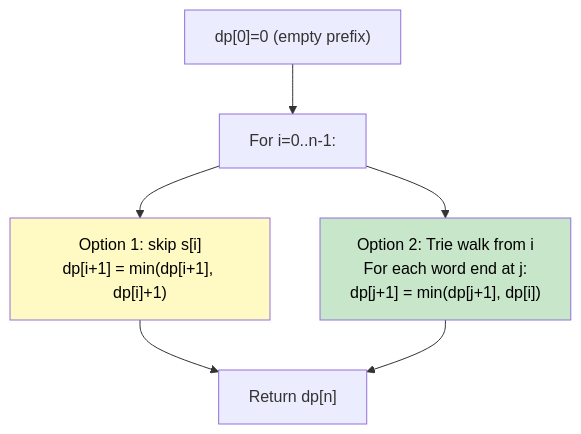
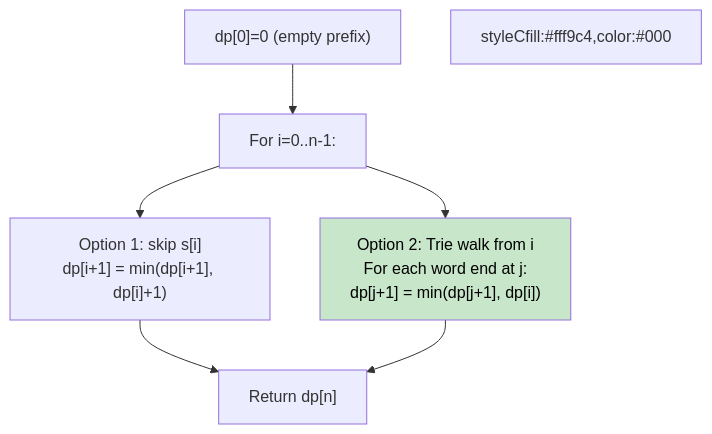
The diagram in 26 - Trie/problem_04_extra_characters_in_string_walkthrough.md (vadde/DSA), drawn with Mermaid before and after one commit. The commit also changed 245 other files, not shown here.

First line of the commit message:
fix: Forensic fix of all Mermaid rendering issues across entire DSA repo + add pre-commit validation infrastructure

````diff
--- a/26 - Trie/problem_04_extra_characters_in_string_walkthrough.md
+++ b/26 - Trie/problem_04_extra_characters_in_string_walkthrough.md
@@ -36,16 +36,16 @@
 ```mermaid
 flowchart TD
     A["dp[0]=0 (empty prefix)"]
     B["For i=0..n-1:"]
     C["Option 1: skip s[i]\ndp[i+1] = min(dp[i+1], dp[i]+1)"]
     D["Option 2: Trie walk from i\nFor each word end at j:\ndp[j+1] = min(dp[j+1], dp[i])"]
     E["Return dp[n]"]
     
     A --> B --> C
     B --> D
-    C --> E
+C --> E
     D --> E
-    
-    style C fill:#fff9c4,color:#000
+
+styleCfill:#fff9c4,color:#000
     style D fill:#c8e6c9,color:#000
 ```
````
